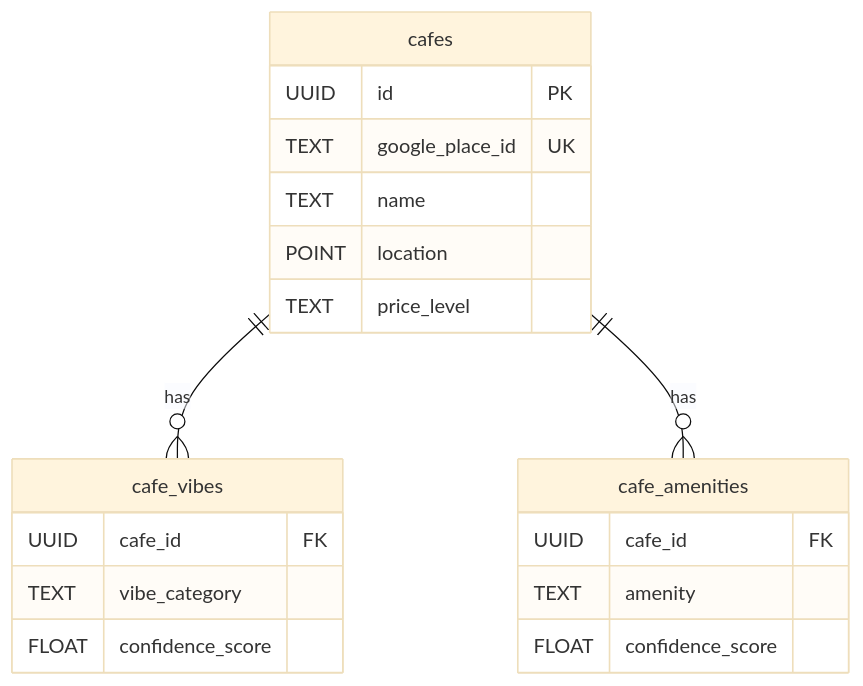
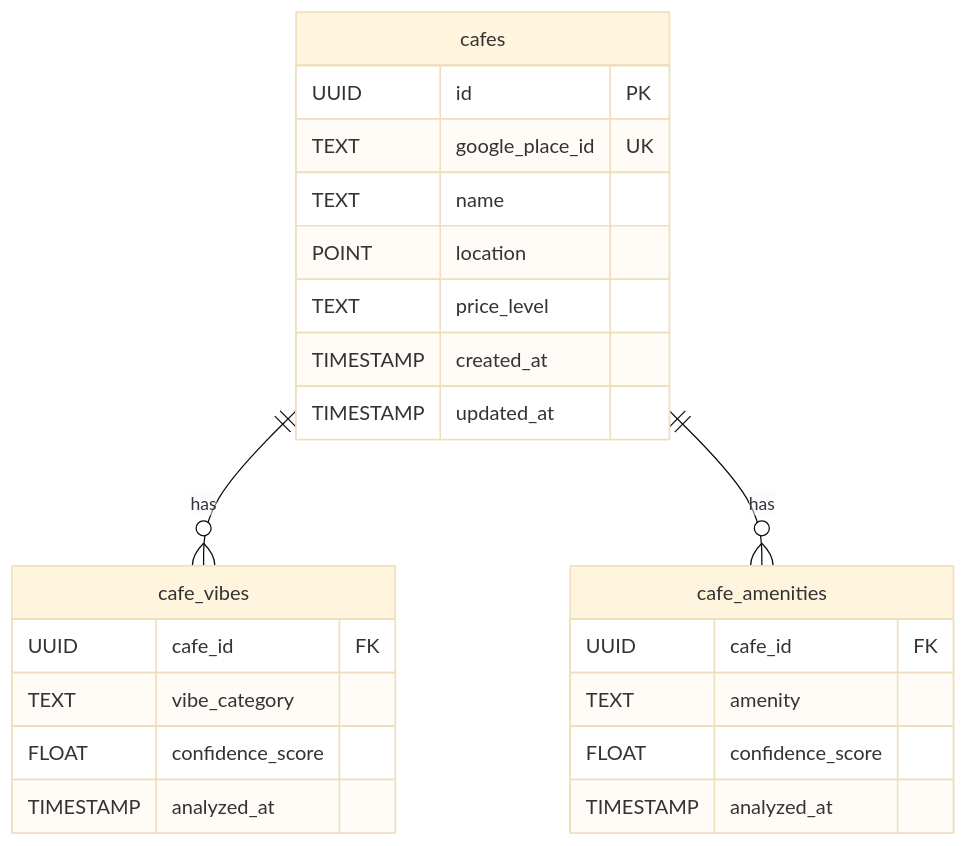
The second of 2 diagrams in README.md (yashmit07/QuickCafe), drawn with Mermaid (base theme) before and after one commit. The commit also changed other lines of this file, not shown here.

````diff
--- a/README.md
+++ b/README.md
@@ -65,22 +165,26 @@
 ```mermaid
 erDiagram
     cafes {
         UUID id PK
         TEXT google_place_id UK
         TEXT name
         POINT location
         TEXT price_level
+        TIMESTAMP created_at
+        TIMESTAMP updated_at
     }
     cafe_vibes {
         UUID cafe_id FK
         TEXT vibe_category
         FLOAT confidence_score
+        TIMESTAMP analyzed_at
     }
     cafe_amenities {
         UUID cafe_id FK
         TEXT amenity
         FLOAT confidence_score
+        TIMESTAMP analyzed_at
     }
     cafes ||--o{ cafe_vibes : has
     cafes ||--o{ cafe_amenities : has
 ```
````
